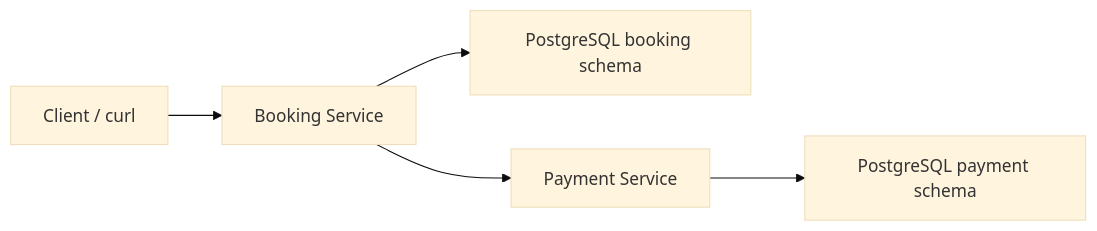
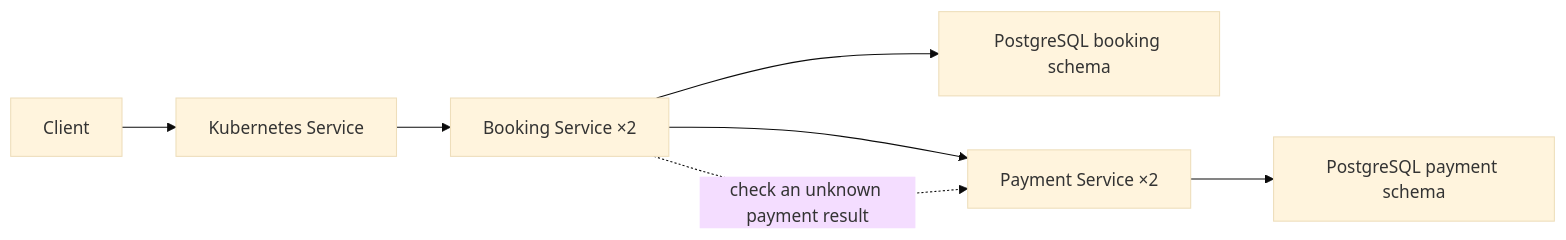
Before and after one commit to elenayonkova/eventim-booking-engine: the diagram in README.md, drawn with Mermaid (base theme). The commit also changed other lines of this file and 50 other files, not shown here.

````diff
--- a/README.md
+++ b/README.md
@@ -25,7 +30,9 @@
 ```mermaid
 flowchart LR
-  Client["Client / curl"] --> Booking["Booking Service"]
+  Client["Client"] --> K8s["Kubernetes Service"]
+  K8s --> Booking["Booking Service ×2"]
   Booking --> BookingDb["PostgreSQL booking schema"]
-  Booking --> Payment["Payment Service"]
+  Booking --> Payment["Payment Service ×2"]
   Payment --> PaymentDb["PostgreSQL payment schema"]
+  Booking -. "check an unknown payment result" .-> Payment
 ```
````
